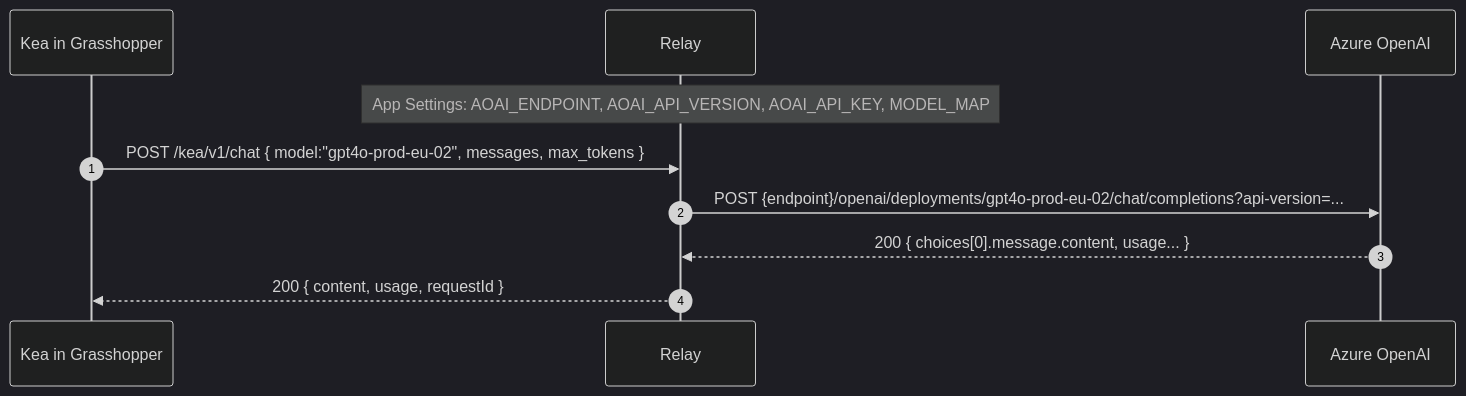
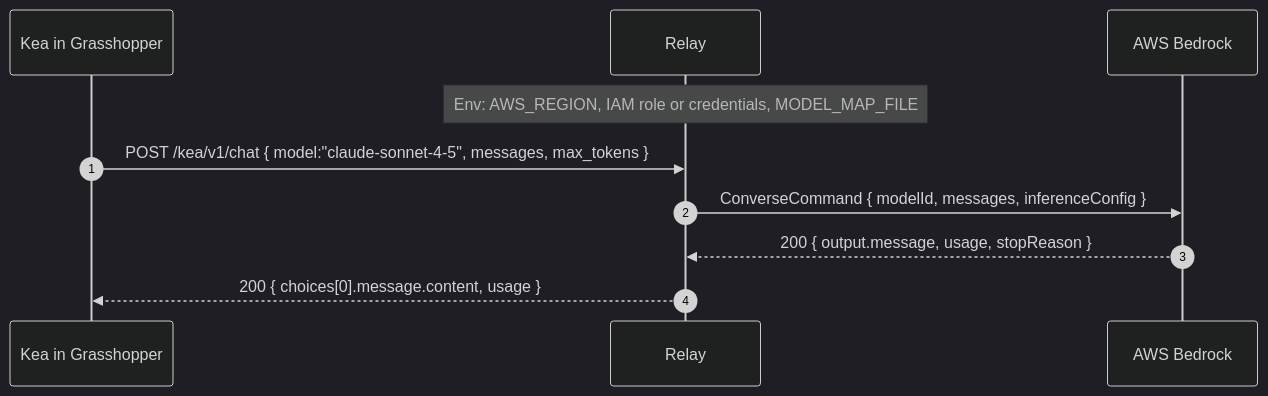
One commit to nicolaasburgers/exchange-relay changed the second of 2 diagrams in README.md. Above: the diagram before and after it, drawn with Mermaid (dark theme). The commit also changed other lines of this file and 24 other files, not shown here.

````diff
--- a/README.md
+++ b/README.md
@@ -107,13 +109,13 @@
 ```mermaid
 sequenceDiagram
   autonumber
   participant GH as Kea in Grasshopper
   participant RL as Relay
-  participant AOAI as Azure OpenAI
+  participant BR as AWS Bedrock
 
-  Note over RL: App Settings: AOAI_ENDPOINT, AOAI_API_VERSION, AOAI_API_KEY, MODEL_MAP
-  GH->>RL: POST /kea/v1/chat { model:"gpt4o-prod-eu-02", messages, max_tokens }
-  RL->>AOAI: POST {endpoint}/openai/deployments/gpt4o-prod-eu-02/chat/completions?api-version=...
-  AOAI-->>RL: 200 { choices[0].message.content, usage... }
-  RL-->>GH: 200 { content, usage, requestId }
+  Note over RL: Env: AWS_REGION, IAM role or credentials, MODEL_MAP_FILE
+  GH->>RL: POST /kea/v1/chat { model:"claude-sonnet-4-5", messages, max_tokens }
+  RL->>BR: ConverseCommand { modelId, messages, inferenceConfig }
+  BR-->>RL: 200 { output.message, usage, stopReason }
+  RL-->>GH: 200 { choices[0].message.content, usage }
 ```
````
